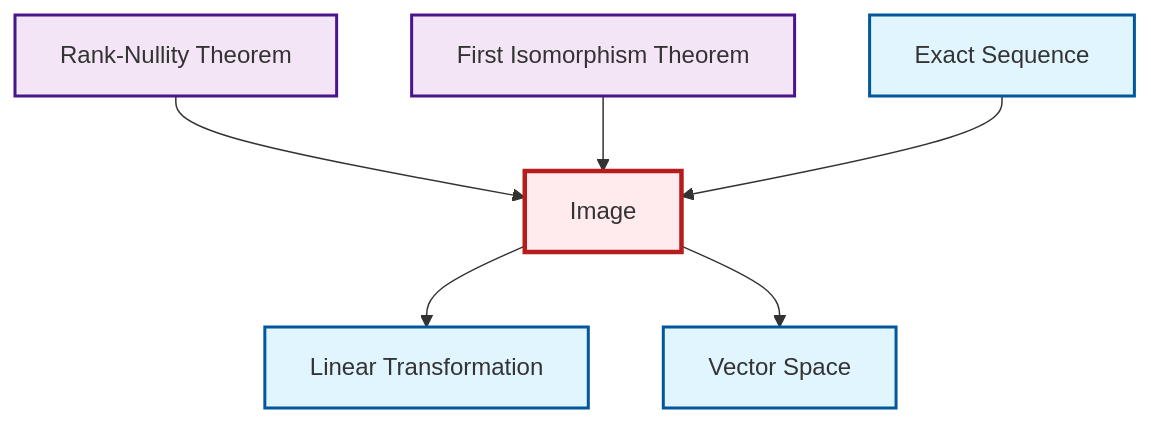
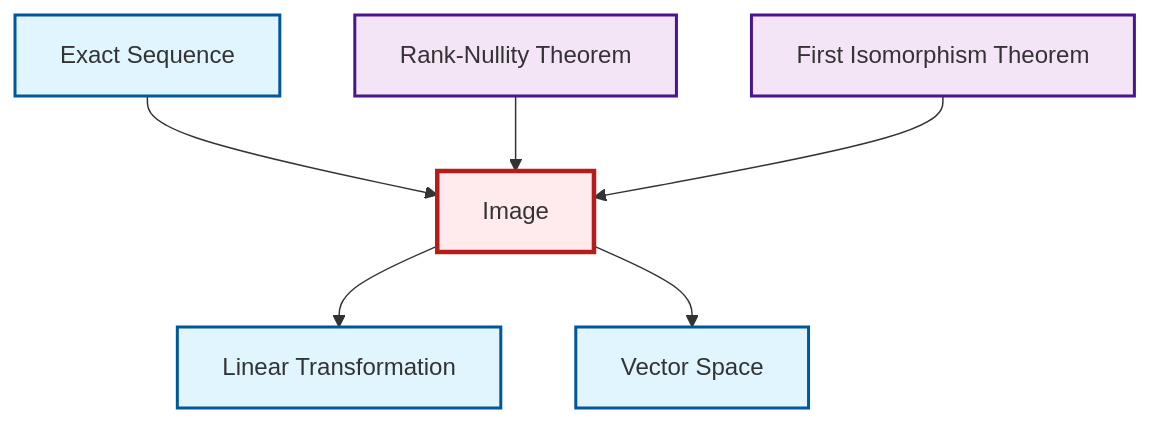
One commit to RK0429/ModernMath changed the diagram in output/mermaid/en/def-image.mermaid. Above: the diagram before and after it, drawn with Mermaid. The commit also changed other lines of this file and 1702 other files, not shown here.

```diff
--- a/output/mermaid/en/def-image.mermaid
+++ b/output/mermaid/en/def-image.mermaid
@@ -1,18 +1,18 @@
 graph TD
     classDef definition fill:#e1f5fe,stroke:#01579b,stroke-width:2px
     classDef theorem fill:#f3e5f5,stroke:#4a148c,stroke-width:2px
     classDef axiom fill:#fff3e0,stroke:#e65100,stroke-width:2px
     classDef example fill:#e8f5e9,stroke:#1b5e20,stroke-width:2px
     classDef current fill:#ffebee,stroke:#b71c1c,stroke-width:3px
+    def-image["Image"]:::definition
+    thm-rank-nullity["Rank-Nullity Theorem"]:::theorem
+    thm-first-isomorphism["First Isomorphism Theorem"]:::theorem
     def-linear-transformation["Linear Transformation"]:::definition
-    thm-first-isomorphism["First Isomorphism Theorem"]:::theorem
     def-vector-space["Vector Space"]:::definition
     def-exact-sequence["Exact Sequence"]:::definition
-    def-image["Image"]:::definition
-    thm-rank-nullity["Rank-Nullity Theorem"]:::theorem
-    def-image --> def-linear-transformation
+    def-exact-sequence --> def-image
     thm-rank-nullity --> def-image
     thm-first-isomorphism --> def-image
+    def-image --> def-linear-transformation
     def-image --> def-vector-space
-    def-exact-sequence --> def-image
     class def-image current
```
